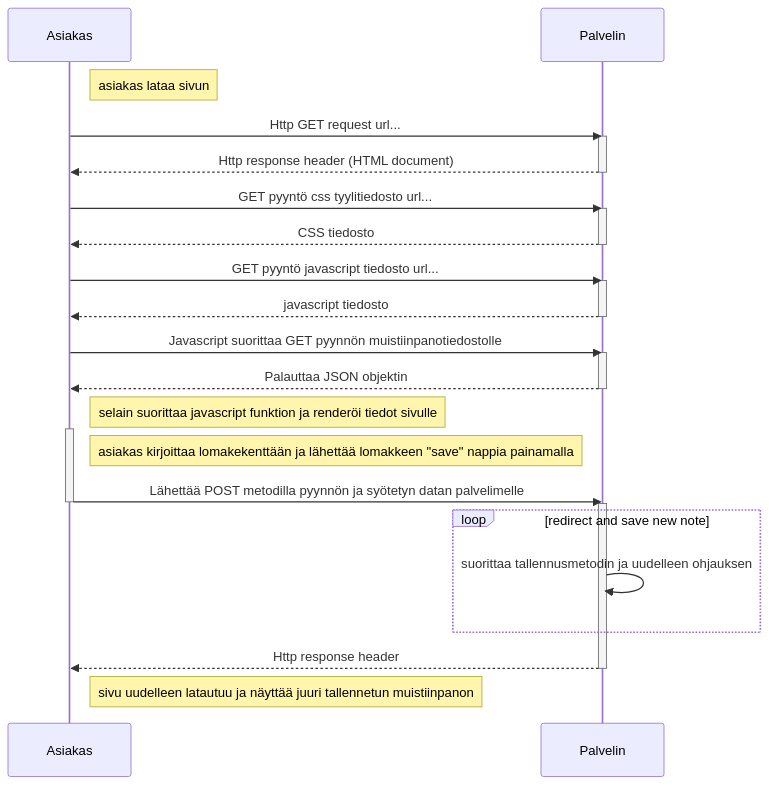
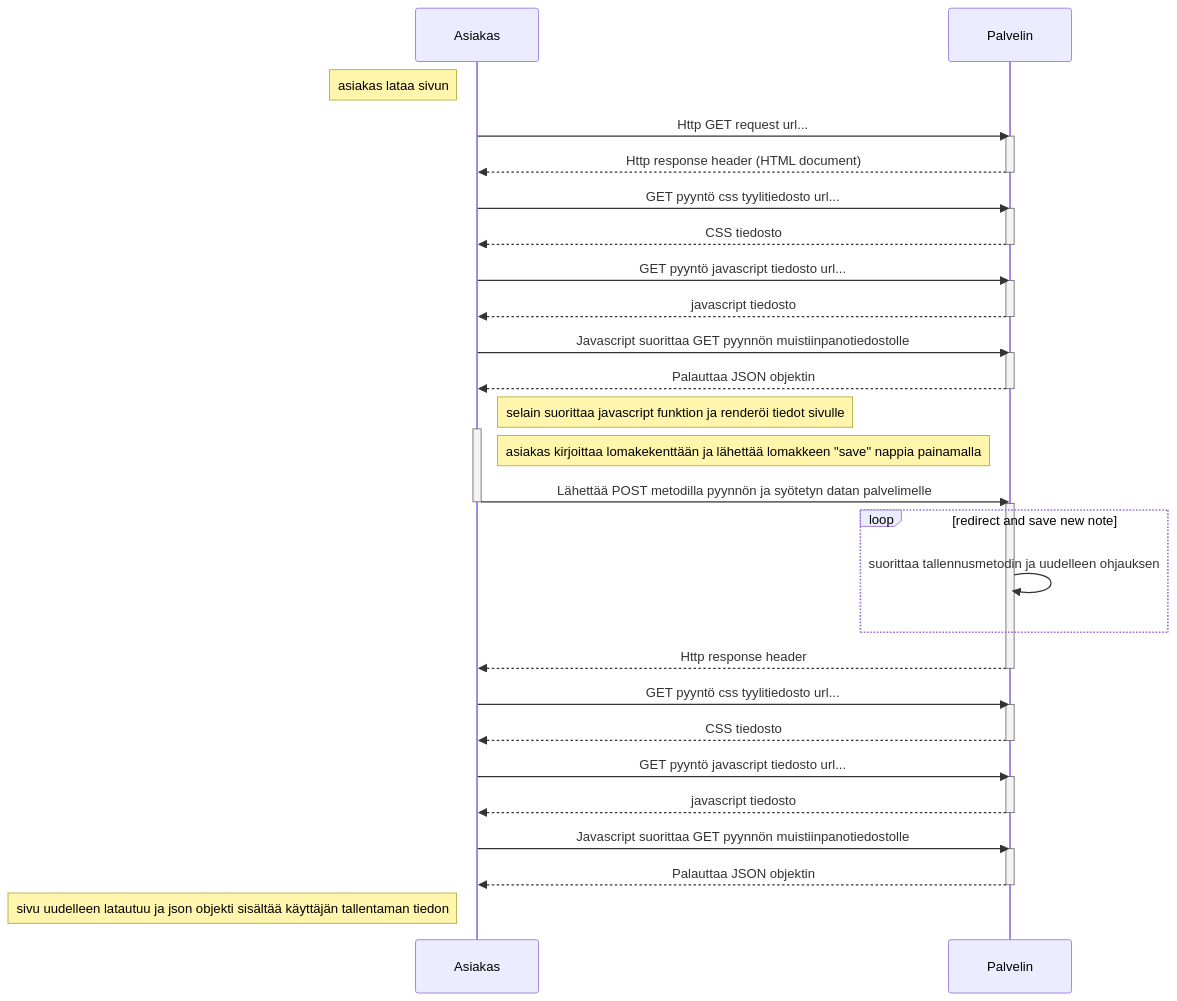
The diagram in seqvenssikaavio.md (JarkkoKivi/fullStackOpen), drawn with Mermaid before and after one commit.

````diff
--- a/seqvenssikaavio.md
+++ b/seqvenssikaavio.md
@@ -1,33 +1,45 @@
 ```mermaid
 sequenceDiagram
   
-  note right of Asiakas: asiakas lataa sivun
+  note left of Asiakas: asiakas lataa sivun
   Asiakas->>Palvelin: Http GET request url...
   activate Palvelin
   Palvelin-->>Asiakas: Http response header (HTML document)
   deactivate Palvelin
   Asiakas->>Palvelin: GET pyyntö css tyylitiedosto url...
   activate Palvelin
   Palvelin-->>Asiakas: CSS tiedosto
   deactivate Palvelin
   Asiakas->>Palvelin: GET pyyntö javascript tiedosto url...
   activate Palvelin
   Palvelin-->>Asiakas: javascript tiedosto
   deactivate Palvelin
   Asiakas->>Palvelin: Javascript suorittaa GET pyynnön muistiinpanotiedostolle
   activate Palvelin
   Palvelin-->>Asiakas: Palauttaa JSON objektin
   deactivate Palvelin
   note right of Asiakas: selain suorittaa javascript funktion ja renderöi tiedot sivulle
   activate Asiakas
   note right of Asiakas: asiakas kirjoittaa lomakekenttään ja lähettää lomakkeen "save" nappia painamalla
   Asiakas->>Palvelin: Lähettää POST metodilla pyynnön ja syötetyn datan palvelimelle
   deactivate Asiakas
   activate Palvelin
   loop redirect and save new note
     Palvelin->>Palvelin: suorittaa tallennusmetodin ja uudelleen ohjauksen
   end
   Palvelin-->>Asiakas: Http response header
   deactivate Palvelin
-  note right of Asiakas: sivu uudelleen latautuu ja näyttää juuri tallennetun muistiinpanon
+  Asiakas->>Palvelin: GET pyyntö css tyylitiedosto url...
+  activate Palvelin
+  Palvelin-->>Asiakas: CSS tiedosto
+  deactivate Palvelin
+  Asiakas->>Palvelin: GET pyyntö javascript tiedosto url...
+  activate Palvelin
+  Palvelin-->>Asiakas: javascript tiedosto
+  deactivate Palvelin
+  Asiakas->>Palvelin: Javascript suorittaa GET pyynnön muistiinpanotiedostolle
+  activate Palvelin
+  Palvelin-->>Asiakas: Palauttaa JSON objektin
+  deactivate Palvelin
+  note left of Asiakas: sivu uudelleen latautuu ja json objekti sisältää käyttäjän tallentaman tiedon
   ```
````
